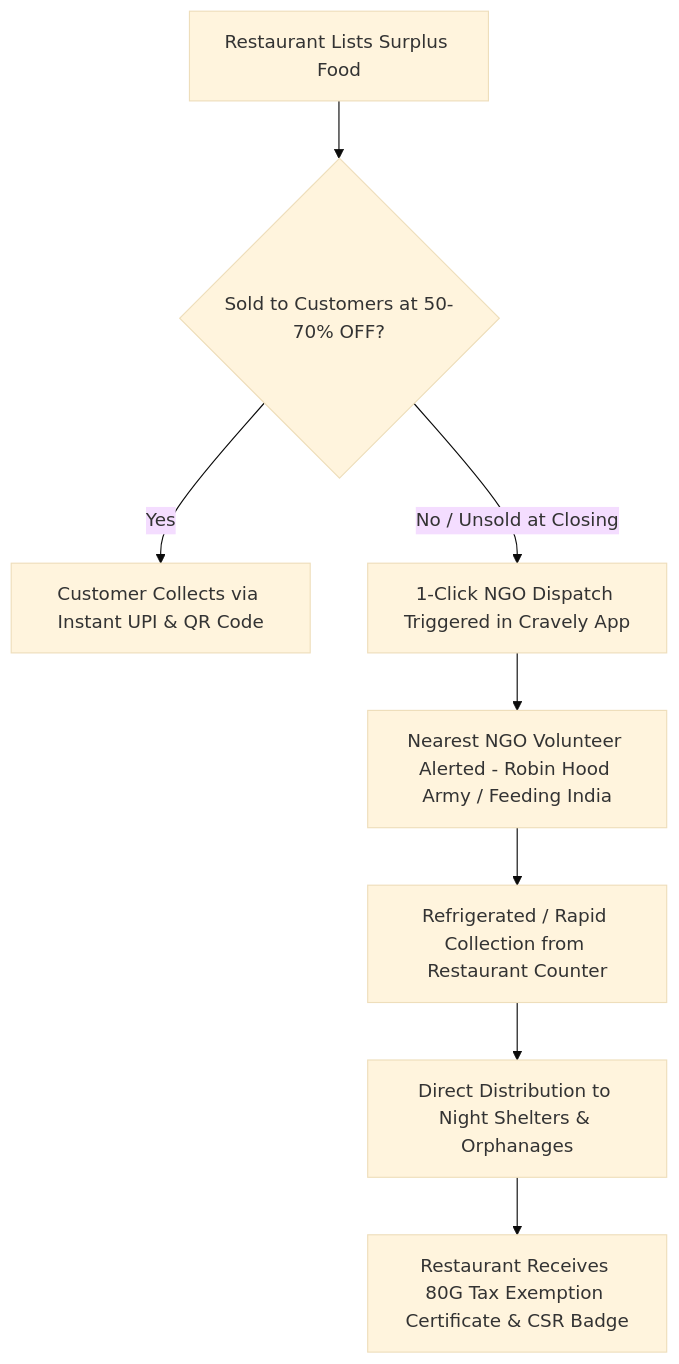
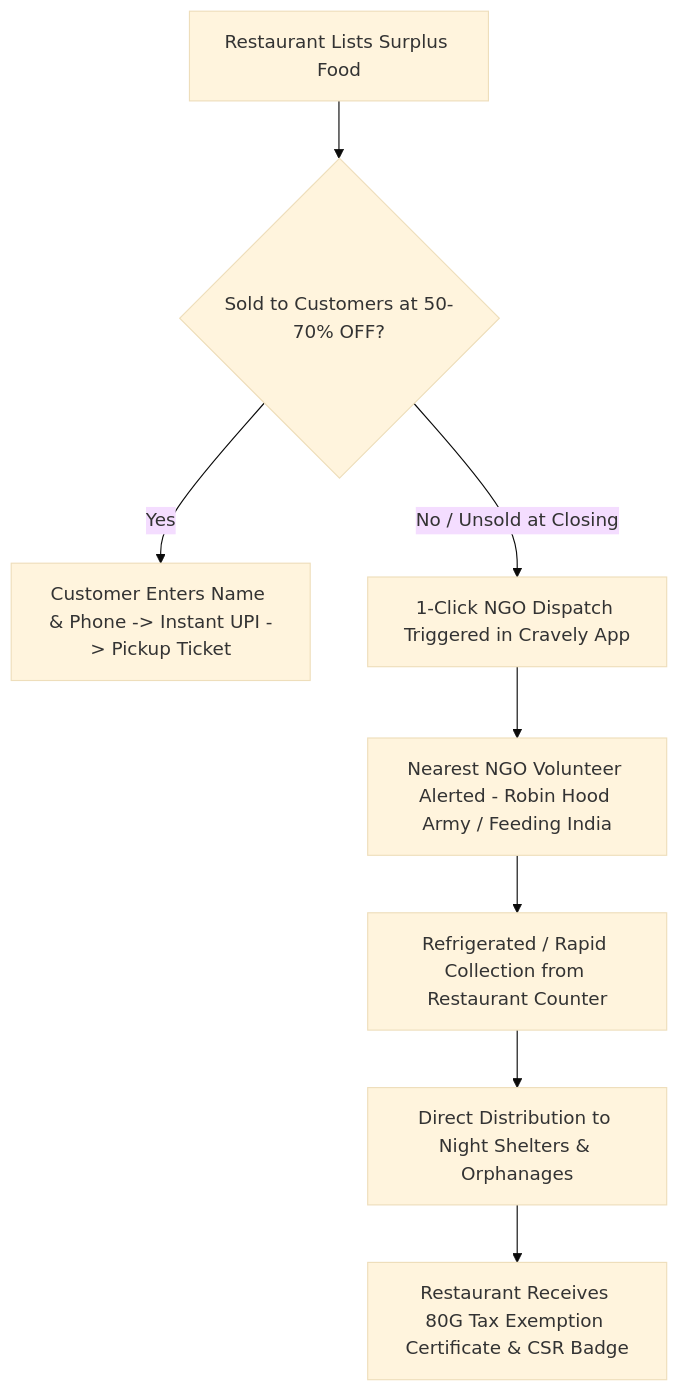
One commit to sidzooni-ctrl/cravely changed the diagram in README.md. Above: the diagram before and after it, drawn with Mermaid (base theme). The commit also changed other lines of this file and 2 other files, not shown here.

Commit message:
feat: prompt user for name, phone, and pickup info on meal save, add smart auto-fill & verified pickup receipt

````diff
--- a/README.md
+++ b/README.md
@@ -48,10 +50,10 @@
 ```mermaid
 graph TD
     A[Restaurant Lists Surplus Food] --> B{Sold to Customers at 50-70% OFF?}
-    B -->|Yes| C[Customer Collects via Instant UPI & QR Code]
+    B -->|Yes| C[Customer Enters Name & Phone -> Instant UPI -> Pickup Ticket]
     B -->|No / Unsold at Closing| D[1-Click NGO Dispatch Triggered in Cravely App]
     D --> E[Nearest NGO Volunteer Alerted - Robin Hood Army / Feeding India]
     E --> F[Refrigerated / Rapid Collection from Restaurant Counter]
     F --> G[Direct Distribution to Night Shelters & Orphanages]
     G --> H[Restaurant Receives 80G Tax Exemption Certificate & CSR Badge]
 ```
````
